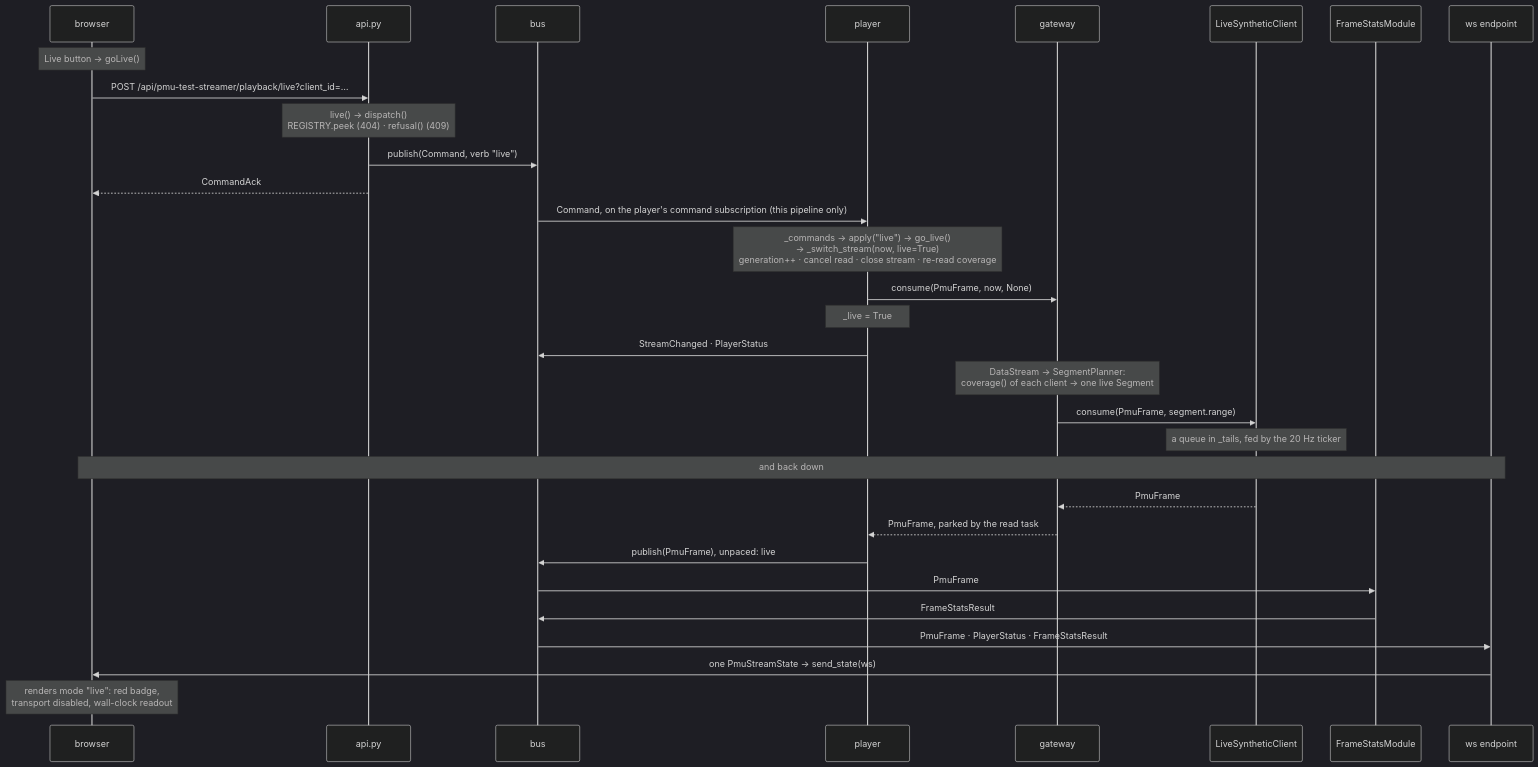
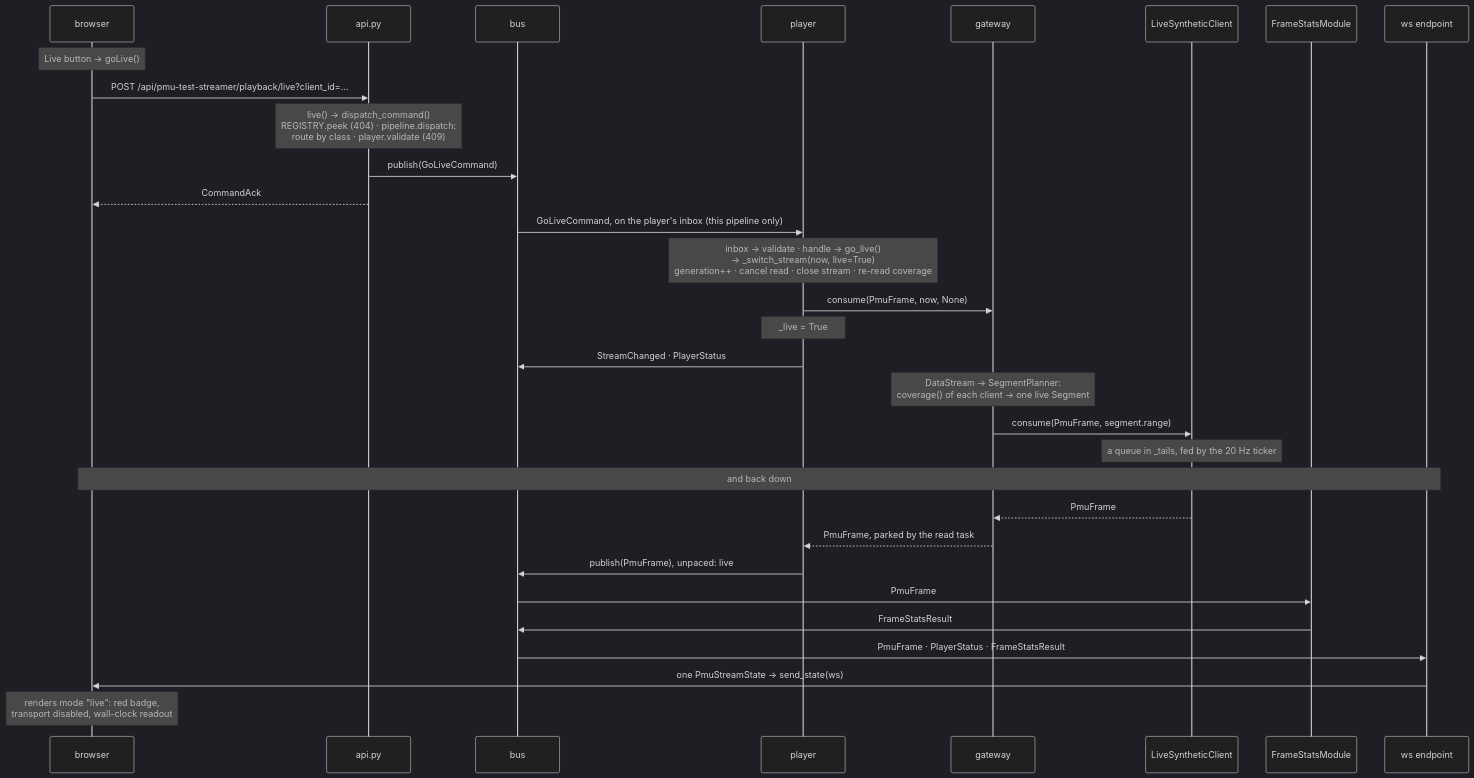
Before and after one commit to thomanil/p-SWAMP: the third of 5 diagrams in doc/server-data-architecture.md, drawn with Mermaid (dark theme). The commit also changed other lines of this file and 31 other files, not shown here.

````diff
--- a/doc/server-data-architecture.md
+++ b/doc/server-data-architecture.md
@@ -548,34 +600,34 @@
 ```mermaid
 sequenceDiagram
     participant B as browser
     participant A as api.py
     participant Bus as bus
     participant P as player
     participant G as gateway
     participant C as LiveSyntheticClient
     participant M as FrameStatsModule
     participant E as ws endpoint
 
     Note over B: Live button → goLive()
     B->>A: POST /api/pmu-test-streamer/playback/live?client_id=…
-    Note over A: live() → dispatch()<br/>REGISTRY.peek (404) · refusal() (409)
-    A->>Bus: publish(Command, verb "live")
+    Note over A: live() → dispatch_command()<br/>REGISTRY.peek (404) · pipeline.dispatch:<br/>route by class · player.validate (409)
+    A->>Bus: publish(GoLiveCommand)
     A-->>B: CommandAck
-    Bus->>P: Command, on the player's command subscription (this pipeline only)
-    Note over P: _commands → apply("live") → go_live()<br/>→ _switch_stream(now, live=True)<br/>generation++ · cancel read · close stream · re-read coverage
+    Bus->>P: GoLiveCommand, on the player's inbox (this pipeline only)
+    Note over P: inbox → validate · handle → go_live()<br/>→ _switch_stream(now, live=True)<br/>generation++ · cancel read · close stream · re-read coverage
     P->>G: consume(PmuFrame, now, None)
     Note over P: _live = True
     P->>Bus: StreamChanged · PlayerStatus
     Note over G: DataStream → SegmentPlanner:<br/>coverage() of each client → one live Segment
     G->>C: consume(PmuFrame, segment.range)
     Note over C: a queue in _tails, fed by the 20 Hz ticker
     Note over B,E: and back down
     C-->>G: PmuFrame
     G-->>P: PmuFrame, parked by the read task
     P->>Bus: publish(PmuFrame), unpaced: live
     Bus->>M: PmuFrame
     M->>Bus: FrameStatsResult
     Bus->>E: PmuFrame · PlayerStatus · FrameStatsResult
     E->>B: one PmuStreamState → send_state(ws)
     Note over B: renders mode "live": red badge,<br/>transport disabled, wall-clock readout
 ```
````
